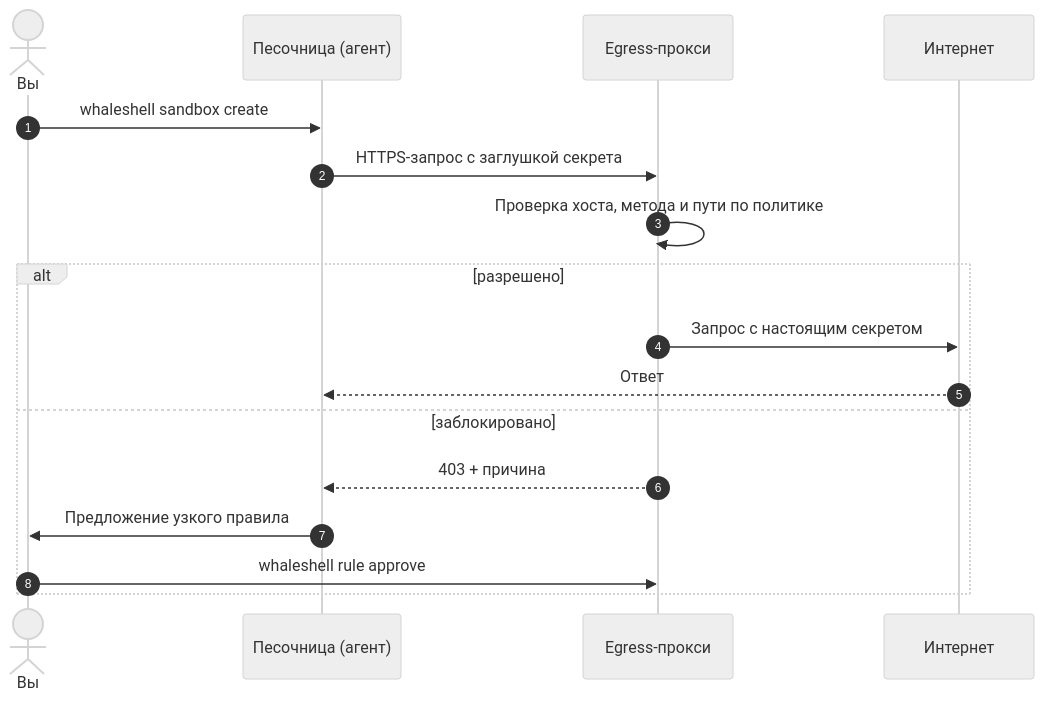
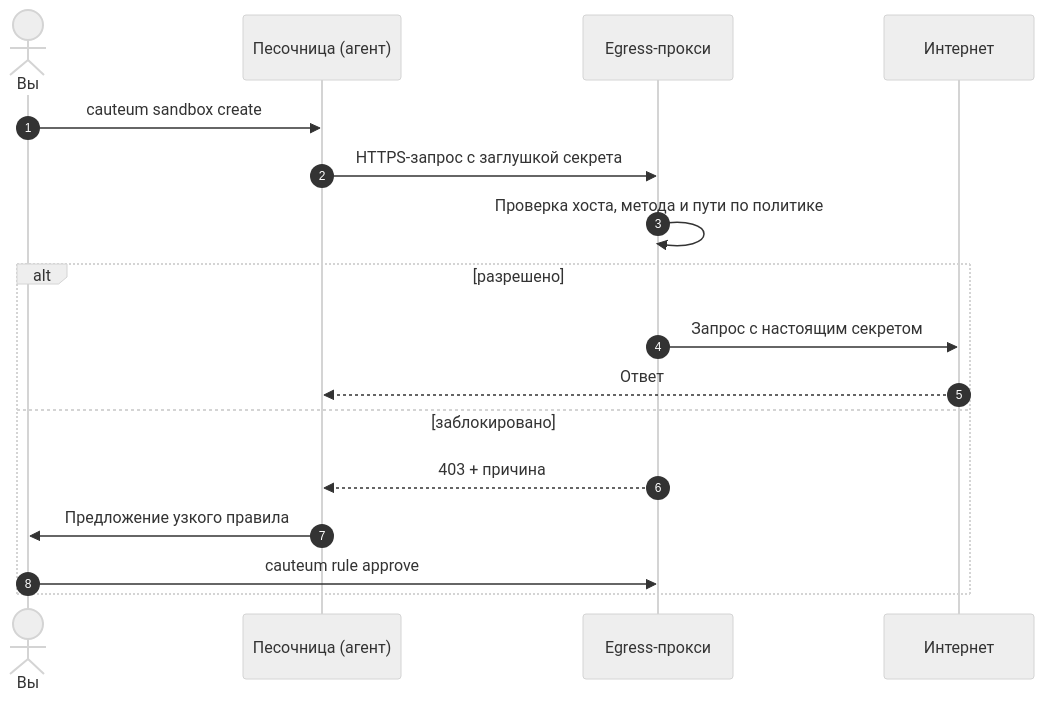
The diagram in docs/ru/index.md (cauteum/cauteum.github.io), drawn with Mermaid (neutral theme) before and after one commit. The commit also changed other lines of this file and 93 other files, not shown here.

````diff
--- a/docs/ru/index.md
+++ b/docs/ru/index.md
@@ -89,19 +93,19 @@
 ```mermaid
 sequenceDiagram
     autonumber
     actor You as Вы
     participant S as Песочница (агент)
     participant P as Egress-прокси
     participant U as Интернет
-    You->>S: whaleshell sandbox create
+    You->>S: cauteum sandbox create
     S->>P: HTTPS-запрос с заглушкой секрета
     P->>P: Проверка хоста, метода и пути по политике
     alt разрешено
         P->>U: Запрос с настоящим секретом
         U-->>S: Ответ
     else заблокировано
         P-->>S: 403 + причина
         S->>You: Предложение узкого правила
-        You->>P: whaleshell rule approve
+        You->>P: cauteum rule approve
     end
 ```
````
